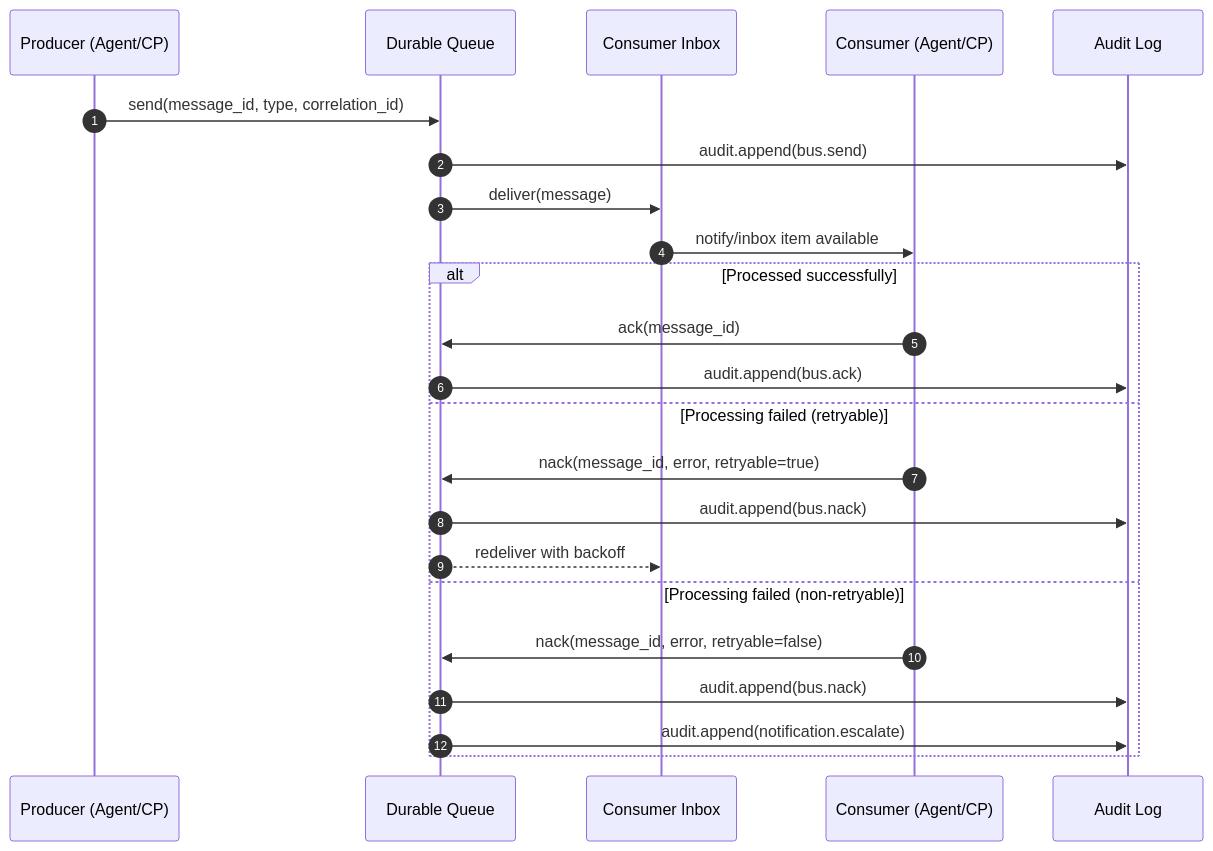
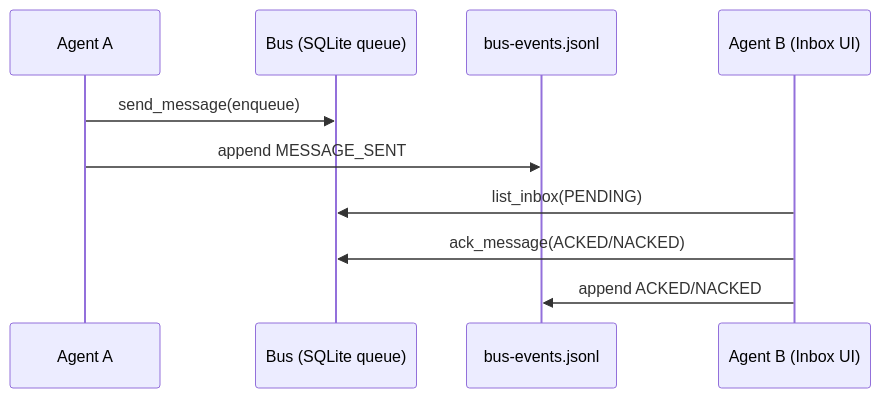
The fourth of 4 diagrams in gados-project/strategy/ARCHITECTURE.md (gaI-observe-online/devagents), drawn with Mermaid before and after one commit. The commit also changed other lines of this file and 82 other files, not shown here.

````diff
--- a/gados-project/strategy/ARCHITECTURE.md
+++ b/gados-project/strategy/ARCHITECTURE.md
@@ -148,27 +101,13 @@
 ```mermaid
 sequenceDiagram
-autonumber
-participant P as Producer (Agent/CP)
-participant Q as Durable Queue
-participant IB as Consumer Inbox
-participant C as Consumer (Agent/CP)
-participant AL as Audit Log
+  participant A as Agent A
+  participant Bus as Bus (SQLite queue)
+  participant Log as bus-events.jsonl
+  participant B as Agent B (Inbox UI)
 
-P->>Q: send(message_id, type, correlation_id)
-Q->>AL: audit.append(bus.send)
-Q->>IB: deliver(message)
-IB->>C: notify/inbox item available
-
-alt Processed successfully
-  C->>Q: ack(message_id)
-  Q->>AL: audit.append(bus.ack)
-else Processing failed (retryable)
-  C->>Q: nack(message_id, error, retryable=true)
-  Q->>AL: audit.append(bus.nack)
-  Q-->>IB: redeliver with backoff
-else Processing failed (non-retryable)
-  C->>Q: nack(message_id, error, retryable=false)
-  Q->>AL: audit.append(bus.nack)
-  Q->>AL: audit.append(notification.escalate)
-end
+  A->>Bus: send_message(enqueue)
+  A->>Log: append MESSAGE_SENT
+  B->>Bus: list_inbox(PENDING)
+  B->>Bus: ack_message(ACKED/NACKED)
+  B->>Log: append ACKED/NACKED
 ```
````
